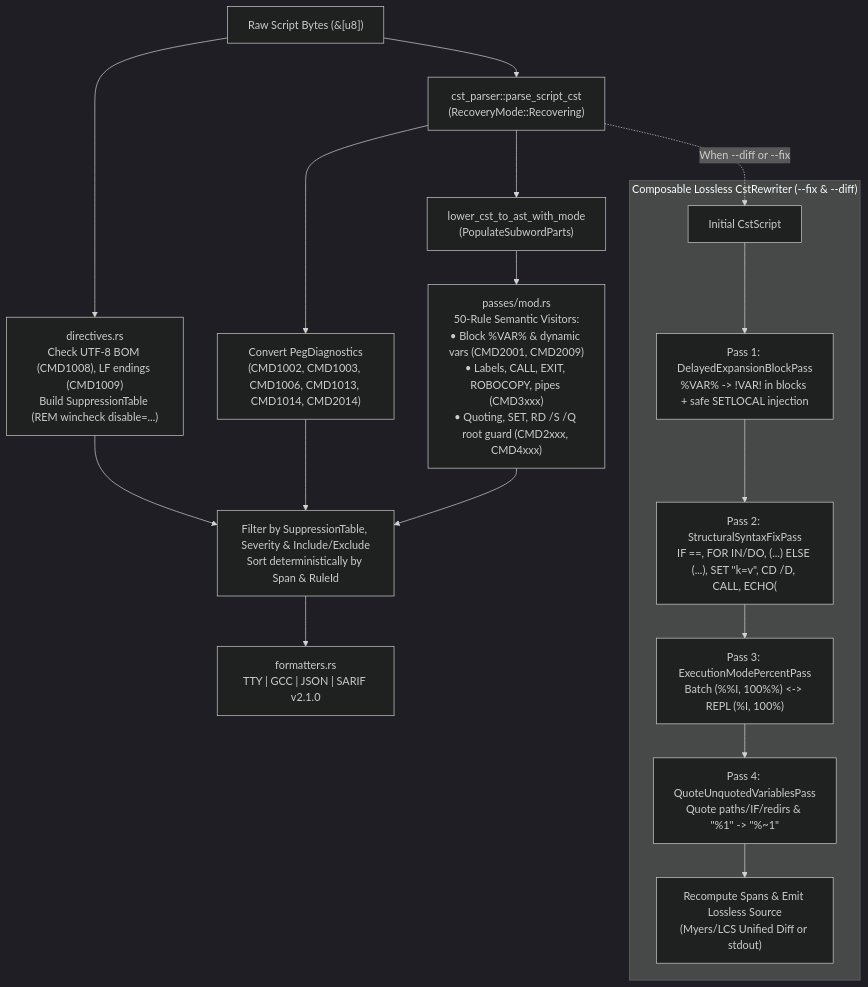
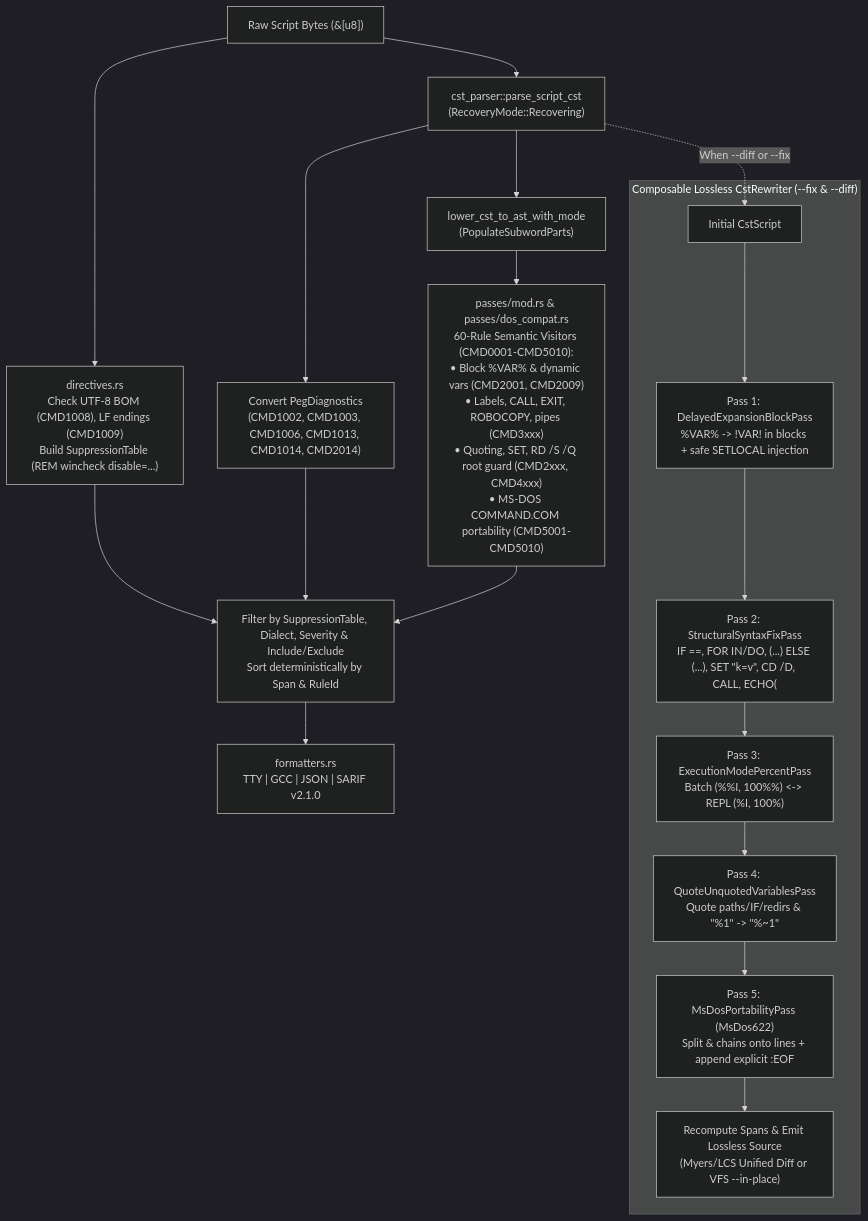
Diagram 11 of 15 in ARCHITECTURE.md (SamuelMarks/win-cmd-rs), drawn with Mermaid (dark theme) before and after one commit. The commit also changed other lines of this file and 89 other files, not shown here.

````diff
--- a/ARCHITECTURE.md
+++ b/ARCHITECTURE.md
@@ -462,23 +472,24 @@
 ```mermaid
 flowchart TD
     SRC["Raw Script Bytes (&[u8])"] --> DIR["directives.rs<br/>Check UTF-8 BOM (CMD1008), LF endings (CMD1009)<br/>Build SuppressionTable (REM wincheck disable=...)"]
     SRC --> CST["cst_parser::parse_script_cst<br/>(RecoveryMode::Recovering)"]
     CST --> PEG_DIAG["Convert PegDiagnostics<br/>(CMD1002, CMD1003, CMD1006, CMD1013, CMD1014, CMD2014)"]
     CST --> LOWER["lower_cst_to_ast_with_mode<br/>(PopulateSubwordParts)"]
-    LOWER --> AST_PASS["passes/mod.rs<br/>50-Rule Semantic Visitors:<br/>• Block %VAR% &amp; dynamic vars (CMD2001, CMD2009)<br/>• Labels, CALL, EXIT, ROBOCOPY, pipes (CMD3xxx)<br/>• Quoting, SET, RD /S /Q root guard (CMD2xxx, CMD4xxx)"]
+    LOWER --> AST_PASS["passes/mod.rs &amp; passes/dos_compat.rs<br/>60-Rule Semantic Visitors (CMD0001-CMD5010):<br/>• Block %VAR% &amp; dynamic vars (CMD2001, CMD2009)<br/>• Labels, CALL, EXIT, ROBOCOPY, pipes (CMD3xxx)<br/>• Quoting, SET, RD /S /Q root guard (CMD2xxx, CMD4xxx)<br/>• MS-DOS COMMAND.COM portability (CMD5001-CMD5010)"]
 
-    DIR --> MERGE["Filter by SuppressionTable, Severity &amp; Include/Exclude<br/>Sort deterministically by Span &amp; RuleId"]
+    DIR --> MERGE["Filter by SuppressionTable, Dialect, Severity &amp; Include/Exclude<br/>Sort deterministically by Span &amp; RuleId"]
     PEG_DIAG --> MERGE
     AST_PASS --> MERGE
     MERGE --> FMT["formatters.rs<br/>TTY | GCC | JSON | SARIF v2.1.0"]
 
     subgraph Rewriter["Composable Lossless CstRewriter (--fix & --diff)"]
         R0["Initial CstScript"] --> P_DELAY["Pass 1: DelayedExpansionBlockPass<br/>%VAR% -> !VAR! in blocks + safe SETLOCAL injection"]
         P_DELAY --> P_STRUCT["Pass 2: StructuralSyntaxFixPass<br/>IF ==, FOR IN/DO, (...) ELSE (...), SET #quot;k=v#quot;, CD /D, CALL, ECHO("]
         P_STRUCT --> P_DIAL["Pass 3: ExecutionModePercentPass<br/>Batch (%%I, 100%%) &lt;-&gt; REPL (%I, 100%)"]
         P_DIAL --> P_QUOTE["Pass 4: QuoteUnquotedVariablesPass<br/>Quote paths/IF/redirs &amp; #quot;%1#quot; -> #quot;%~1#quot;"]
-        P_QUOTE --> OUT_TXT["Recompute Spans &amp; Emit Lossless Source<br/>(Myers/LCS Unified Diff or stdout)"]
+        P_QUOTE --> P_DOS["Pass 5: MsDosPortabilityPass (MsDos622)<br/>Split &amp; chains onto lines + append explicit :EOF"]
+        P_DOS --> OUT_TXT["Recompute Spans &amp; Emit Lossless Source<br/>(Myers/LCS Unified Diff or VFS --in-place)"]
     end
 
     CST -. "When --diff or --fix" .-> R0
 ```
````
